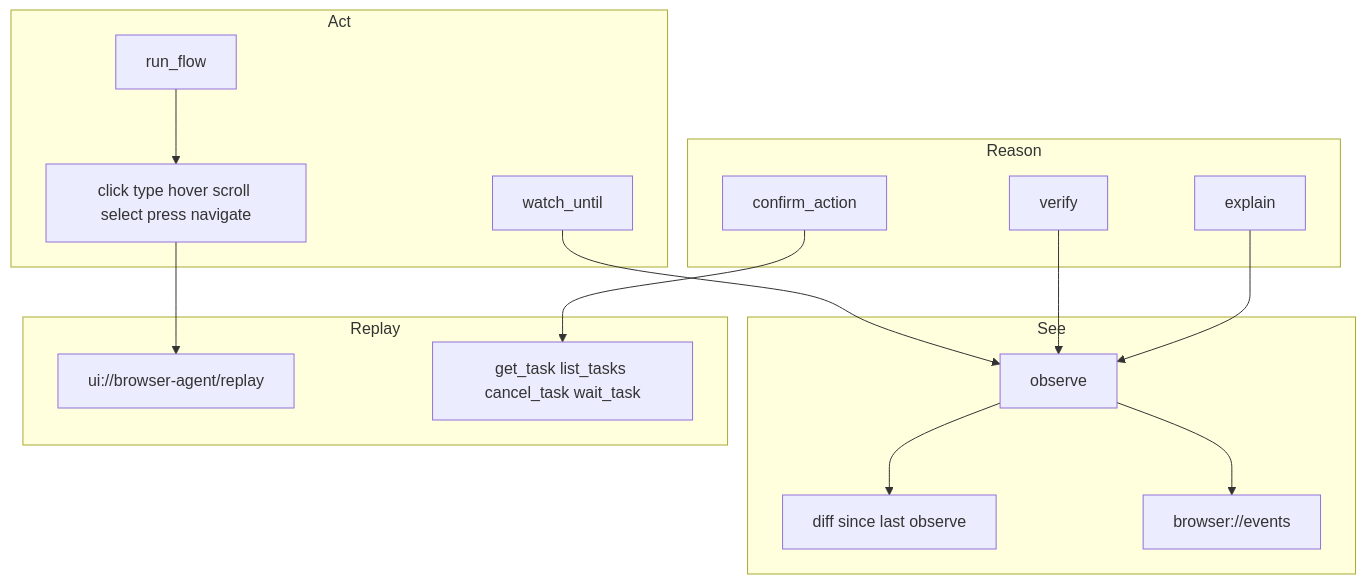
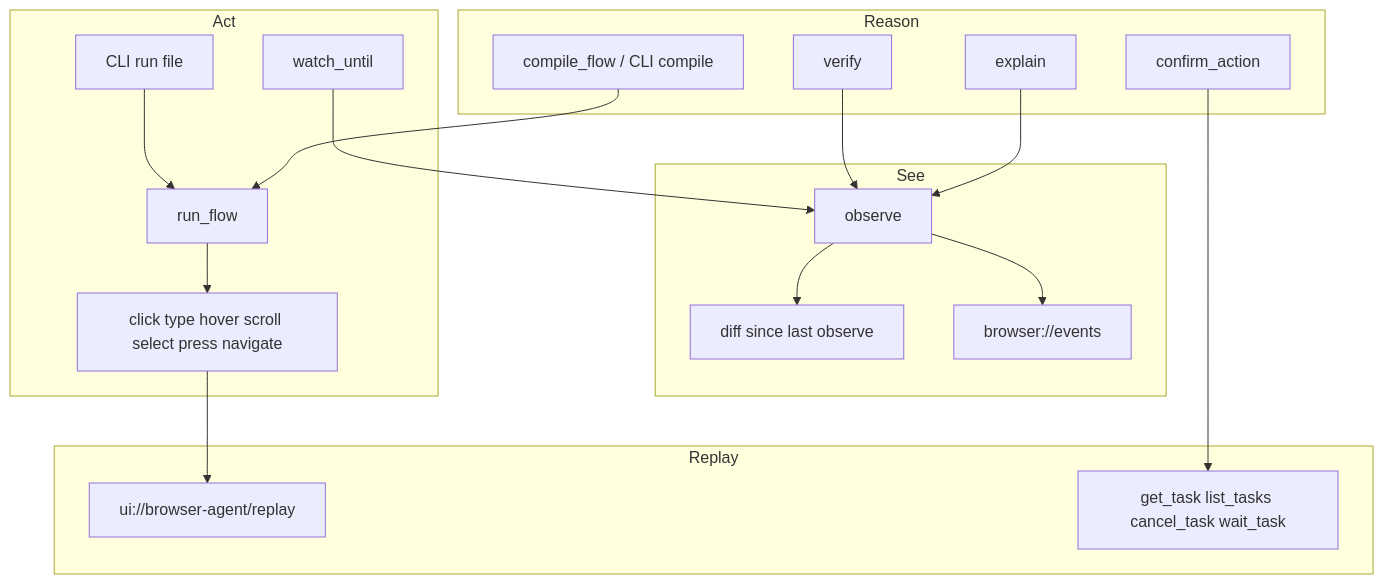
The second of 2 diagrams in README.md (PremierStudio/BrowserAgent), drawn with Mermaid before and after one commit. The commit also changed other lines of this file and 87 other files, not shown here.

First line of the commit message:
Land headed desk, named flows, and a no-AI CLI runner.

````diff
--- a/README.md
+++ b/README.md
@@ -262,34 +386,38 @@
 ```mermaid
 flowchart TB
-    subgraph Observe["See"]
+    subgraph See["See"]
         O[observe]
         D[diff since last observe]
         E[browser://events]
     end
 
     subgraph Act["Act"]
         A[click type hover scroll select press navigate]
         F[run_flow]
         W[watch_until]
+        R[CLI run file]
     end
 
     subgraph Reason["Reason"]
         V[verify]
         X[explain]
         C[confirm_action]
+        P[compile_flow / CLI compile]
     end
 
     subgraph Replay["Replay"]
         U[ui://browser-agent/replay]
         T[get_task list_tasks cancel_task wait_task]
     end
 
     O --> D
     O --> E
     A --> U
     F --> A
+    R --> F
     W --> O
     V --> O
     X --> O
+    P --> F
     C --> T
 ```
````
